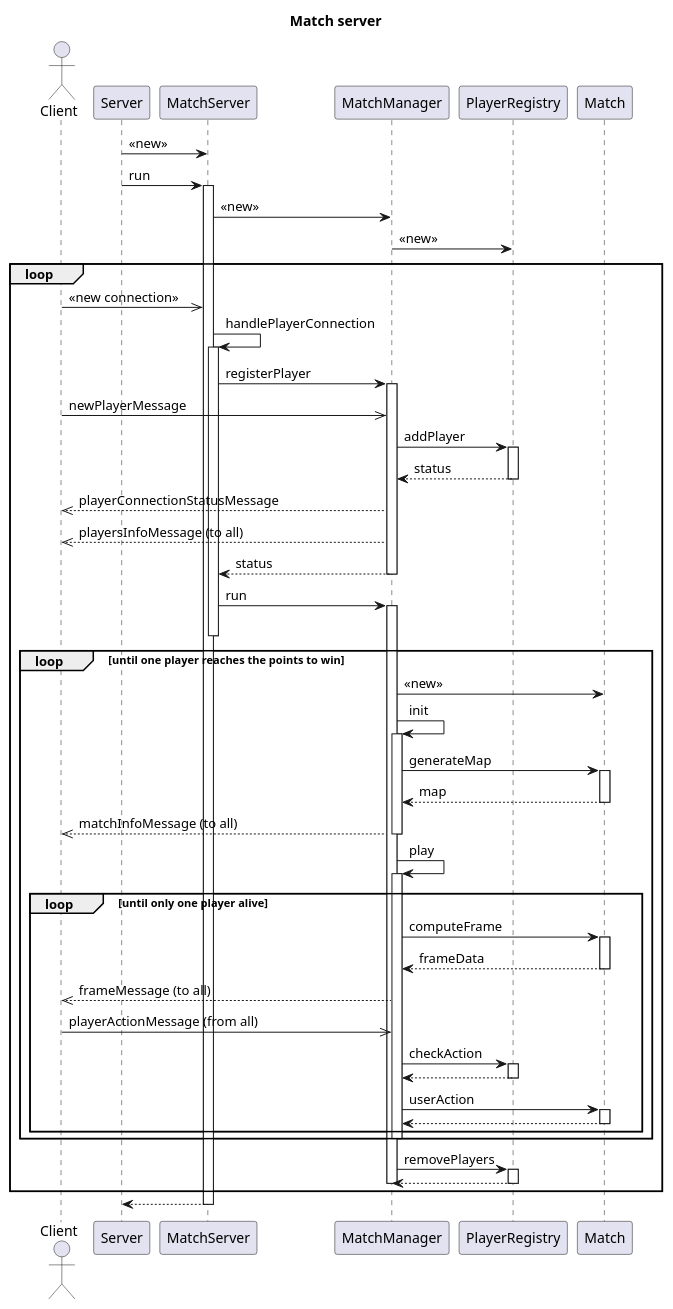
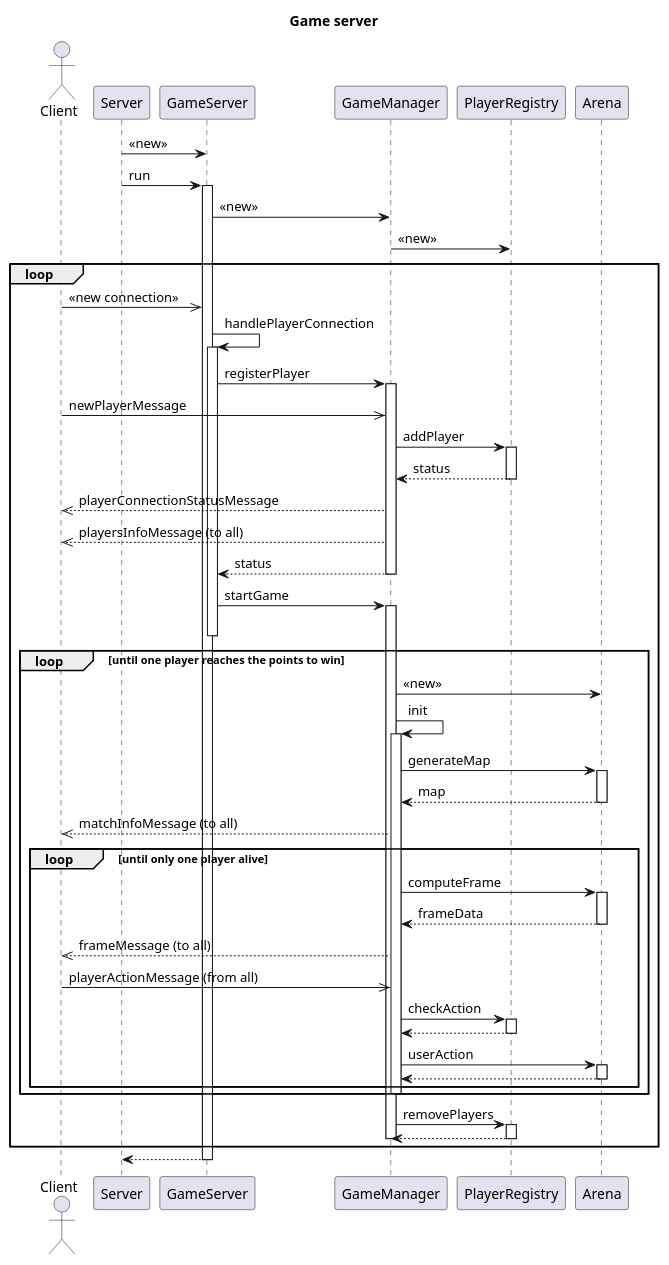
The diagram in docs/design/server/match_server_sequence.puml (lemunozm/asciiarena-js), drawn with PlantUML before and after one commit. The commit also changed 1 other file, not shown here.

```diff
--- a/docs/design/server/match_server_sequence.puml
+++ b/docs/design/server/match_server_sequence.puml
@@ -1,74 +1,71 @@
 @startuml
 
-title Match server
+title Game server
 
 actor Client
 participant Server
-participant MatchServer
-participant MatchManager
+participant GameServer
+participant GameManager
 participant PlayerRegistry
-participant Match
+participant Arena
 
-Server -> MatchServer : <<new>>
-Server -> MatchServer : run
-activate MatchServer
-MatchServer -> MatchManager : <<new>>
-MatchManager -> PlayerRegistry : <<new>>
+Server -> GameServer : <<new>>
+Server -> GameServer : run
+activate GameServer
+GameServer -> GameManager : <<new>>
+GameManager -> PlayerRegistry : <<new>>
 loop
-    Client ->> MatchServer : <<new connection>>
-    MatchServer -> MatchServer : handlePlayerConnection
-    activate MatchServer
-    MatchServer -> MatchManager : registerPlayer
-    activate MatchManager
-    Client ->> MatchManager : newPlayerMessage
-    MatchManager -> PlayerRegistry : addPlayer
+    Client ->> GameServer : <<new connection>>
+    GameServer -> GameServer : handlePlayerConnection
+    activate GameServer
+    GameServer -> GameManager : registerPlayer
+    activate GameManager
+    Client ->> GameManager : newPlayerMessage
+    GameManager -> PlayerRegistry : addPlayer
     activate PlayerRegistry
-    MatchManager <-- PlayerRegistry : status
+    GameManager <-- PlayerRegistry : status
     deactivate PlayerRegistry
-    Client <<-- MatchManager : playerConnectionStatusMessage
-    Client <<-- MatchManager : playersInfoMessage (to all)
-    MatchServer <-- MatchManager : status
-    deactivate MatchManager
-    MatchServer -> MatchManager : run
-    activate MatchManager
-    deactivate MatchServer
+    Client <<-- GameManager : playerConnectionStatusMessage
+    Client <<-- GameManager : playersInfoMessage (to all)
+    GameServer <-- GameManager : status
+    deactivate GameManager
+    GameServer -> GameManager : startGame
+    activate GameManager
+    deactivate GameServer
     loop until one player reaches the points to win
-        MatchManager -> Match : <<new>>
-        MatchManager -> MatchManager : init
-        activate MatchManager
-        MatchManager -> Match : generateMap
-        activate Match
-        MatchManager <-- Match : map
-        deactivate Match
-        Client <<-- MatchManager : matchInfoMessage (to all)
-        deactivate MatchManager
-        MatchManager -> MatchManager : play
-        activate MatchManager
+        GameManager -> Arena : <<new>>
+        GameManager -> GameManager : init
+        activate GameManager
+        GameManager -> Arena : generateMap
+        activate Arena
+        GameManager <-- Arena : map
+        deactivate Arena
+        Client <<-- GameManager : matchInfoMessage (to all)
         loop until only one player alive
-            MatchManager -> Match : computeFrame
-            activate Match
-            MatchManager <-- Match : frameData
-            deactivate Match
-            Client <<-- MatchManager : frameMessage (to all)
-            Client ->> MatchManager : playerActionMessage (from all)
-            MatchManager -> PlayerRegistry : checkAction
+            GameManager -> Arena : computeFrame
+            activate Arena
+            GameManager <-- Arena : frameData
+            deactivate Arena
+            Client <<-- GameManager : frameMessage (to all)
+            Client ->> GameManager : playerActionMessage (from all)
+            GameManager -> PlayerRegistry : checkAction
             activate PlayerRegistry
-            MatchManager <-- PlayerRegistry
+            GameManager <-- PlayerRegistry
             deactivate PlayerRegistry
-            MatchManager -> Match : userAction
-            activate Match
-            MatchManager <-- Match
-            deactivate Match
+            GameManager -> Arena : userAction
+            activate Arena
+            GameManager <-- Arena
+            deactivate Arena
         end
-        deactivate MatchManager
+        deactivate GameManager
     end
-        MatchManager -> PlayerRegistry : removePlayers
-        activate PlayerRegistry
-        MatchManager <-- PlayerRegistry
-        deactivate PlayerRegistry
-    deactivate MatchManager
+    GameManager -> PlayerRegistry : removePlayers
+    activate PlayerRegistry
+    GameManager <-- PlayerRegistry
+    deactivate PlayerRegistry
+    deactivate GameManager
 end
-Server <-- MatchServer
-deactivate MatchServer
+Server <-- GameServer
+deactivate GameServer
 
 @enduml
```
